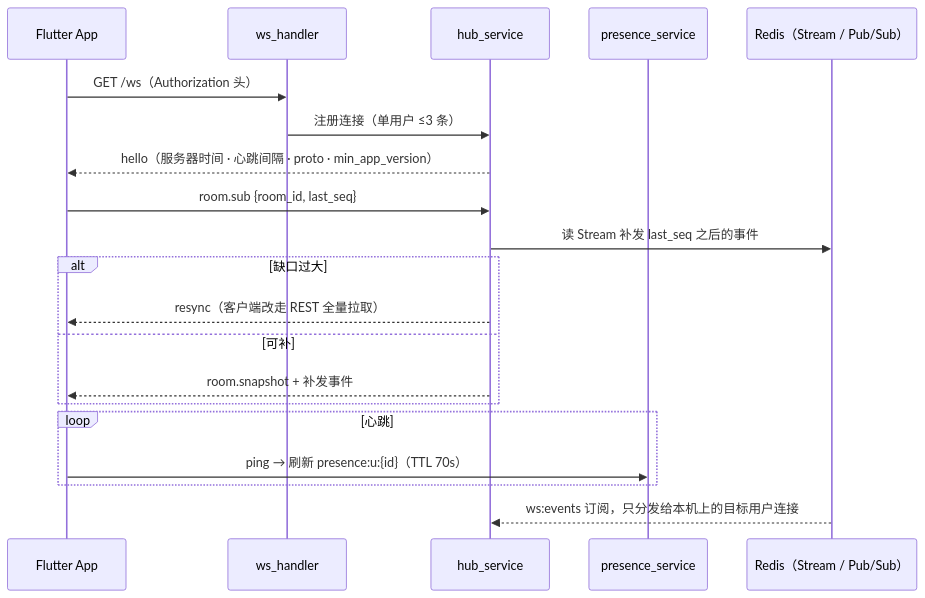
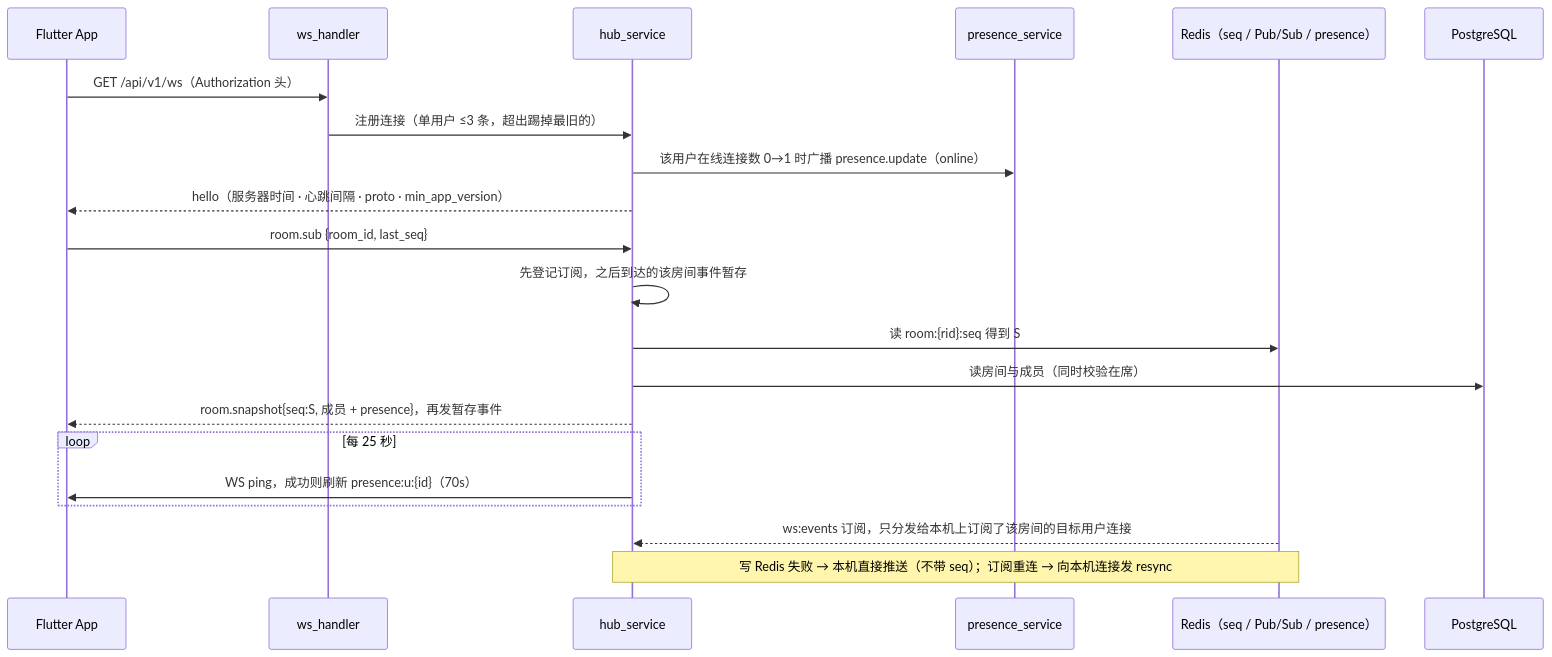
The fifth of 5 diagrams in 后端技术设计文档（TRD）：PetBridge.md (jinheng0301/PetBridge_frontend), drawn with Mermaid before and after one commit. The commit also changed other lines of this file and 2 other files, not shown here.

````diff
--- a/后端技术设计文档（TRD）：PetBridge.md
+++ b/后端技术设计文档（TRD）：PetBridge.md
@@ -297,23 +299,24 @@
 ```mermaid
 sequenceDiagram
     participant C as Flutter App
     participant WH as ws_handler
     participant Hub as hub_service
     participant Pres as presence_service
-    participant Redis as Redis（Stream / Pub/Sub）
+    participant Redis as Redis（seq / Pub/Sub / presence）
+    participant PG as PostgreSQL
 
-    C->>WH: GET /ws（Authorization 头）
-    WH->>Hub: 注册连接（单用户 ≤3 条）
+    C->>WH: GET /api/v1/ws（Authorization 头）
+    WH->>Hub: 注册连接（单用户 ≤3 条，超出踢掉最旧的）
+    Hub->>Pres: 该用户在线连接数 0→1 时广播 presence.update（online）
     Hub-->>C: hello（服务器时间 · 心跳间隔 · proto · min_app_version）
     C->>Hub: room.sub {room_id, last_seq}
-    Hub->>Redis: 读 Stream 补发 last_seq 之后的事件
-    alt 缺口过大
-        Hub-->>C: resync（客户端改走 REST 全量拉取）
-    else 可补
-        Hub-->>C: room.snapshot + 补发事件
+    Hub->>Hub: 先登记订阅，之后到达的该房间事件暂存
+    Hub->>Redis: 读 room:{rid}:seq 得到 S
+    Hub->>PG: 读房间与成员（同时校验在席）
+    Hub-->>C: room.snapshot{seq:S, 成员 + presence}，再发暂存事件
+    loop 每 25 秒
+        Hub->>C: WS ping，成功则刷新 presence:u:{id}（70s）
     end
-    loop 心跳
-        C->>Pres: ping → 刷新 presence:u:{id}（TTL 70s）
-    end
-    Redis-->>Hub: ws:events 订阅，只分发给本机上的目标用户连接
+    Redis-->>Hub: ws:events 订阅，只分发给本机上订阅了该房间的目标用户连接
+    Note over Hub,Redis: 写 Redis 失败 → 本机直接推送（不带 seq）；订阅重连 → 向本机连接发 resync
 ```
````
